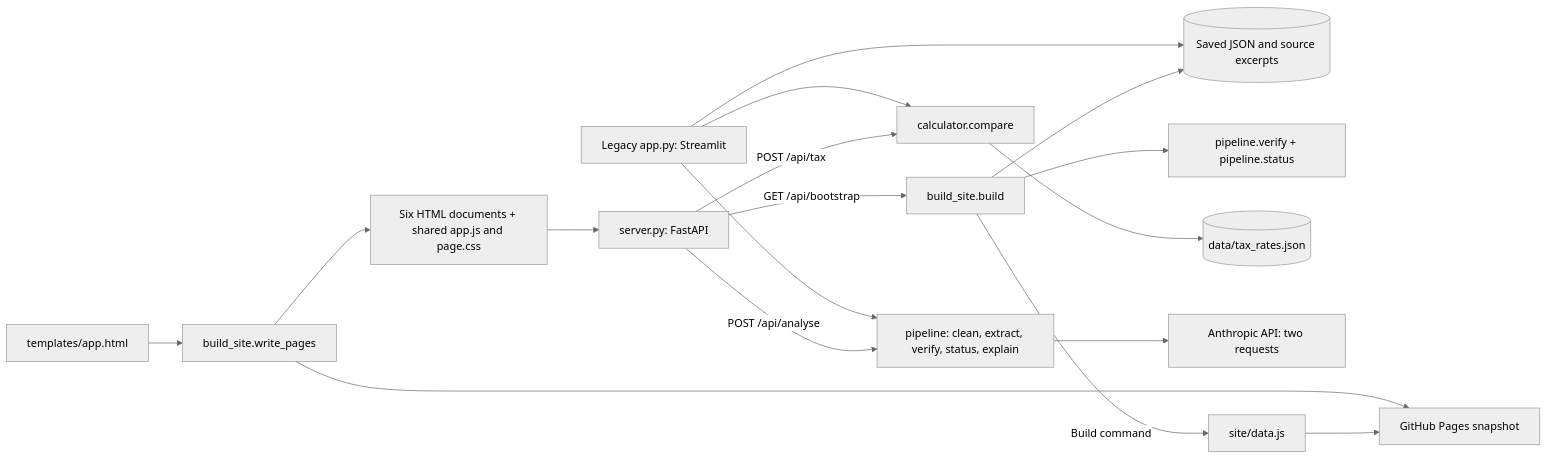
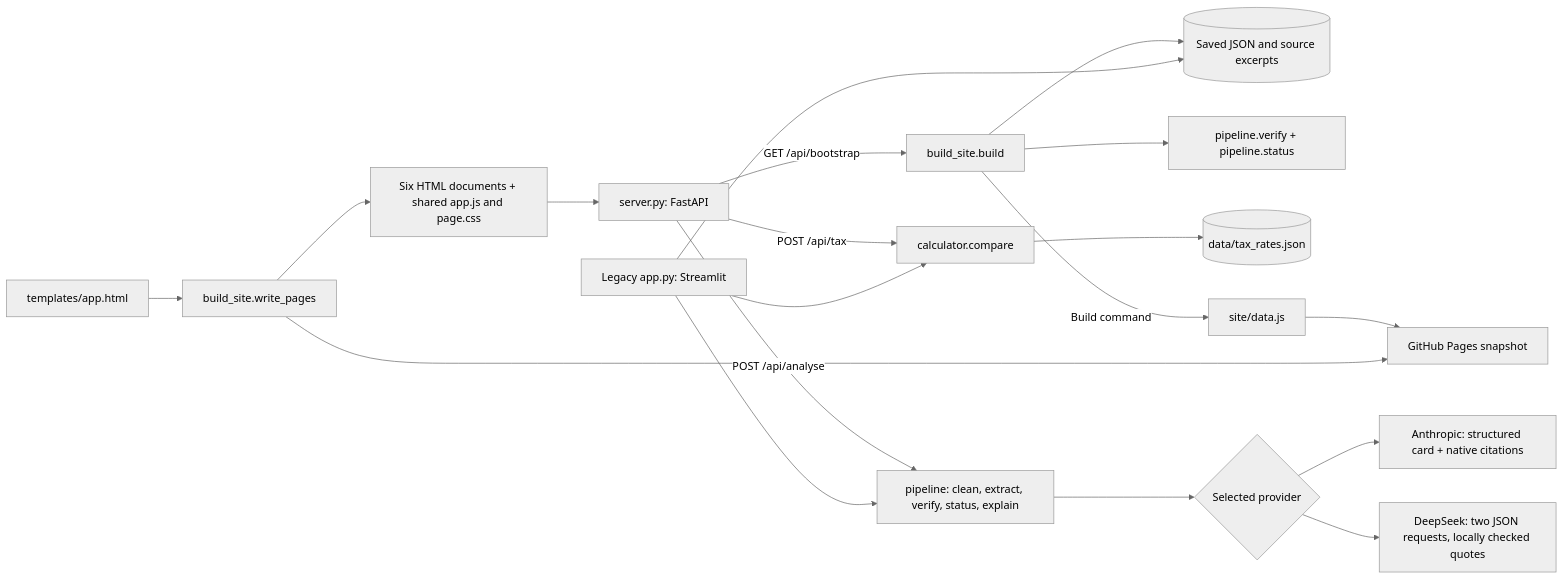
The first of 5 diagrams in docs/uml.md (zxding2007/civicclear-2026), drawn with Mermaid (neutral theme) before and after one commit. The commit also changed other lines of this file and 25 other files, not shown here.

Commit message:
Support DeepSeek alongside Claude for record analysis

````diff
--- a/docs/uml.md
+++ b/docs/uml.md
@@ -7,19 +7,21 @@
 ```mermaid
 flowchart LR
     T[templates/app.html] --> H[build_site.write_pages]
     H --> UI[Six HTML documents + shared app.js and page.css]
     UI --> API[server.py: FastAPI]
     API -->|GET /api/bootstrap| B[build_site.build]
     B --> D[(Saved JSON and source excerpts)]
     B --> V[pipeline.verify + pipeline.status]
     API -->|POST /api/tax| C[calculator.compare]
     C --> R[(data/tax_rates.json)]
     API -->|POST /api/analyse| P[pipeline: clean, extract, verify, status, explain]
-    P --> A[Anthropic API: two requests]
+    P --> Q{Selected provider}
+    Q --> A[Anthropic: structured card + native citations]
+    Q --> K[DeepSeek: two JSON requests, locally checked quotes]
     B -->|Build command| S[site/data.js]
     S --> G[GitHub Pages snapshot]
     H --> G
     L[Legacy app.py: Streamlit] --> D
     L --> P
     L --> C
 ```
````
